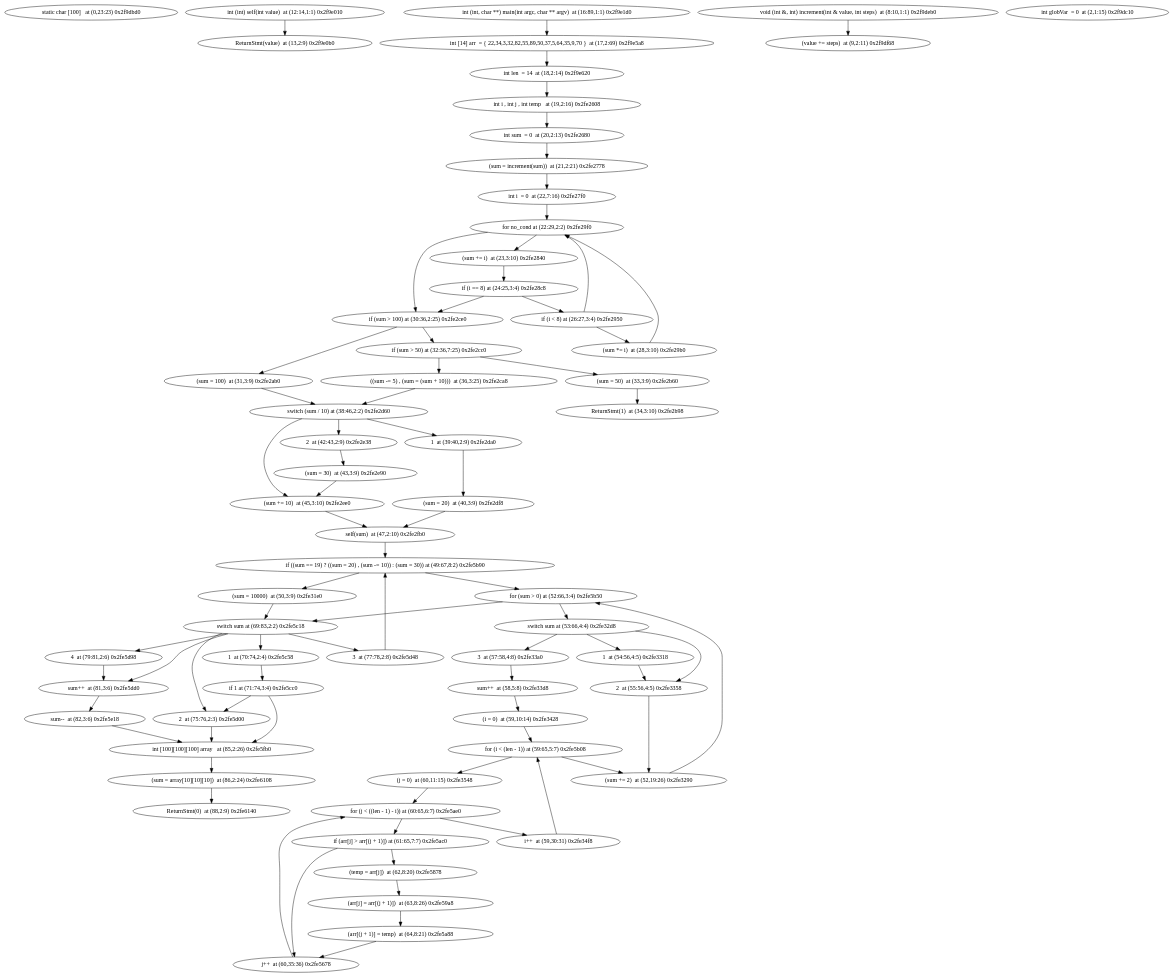
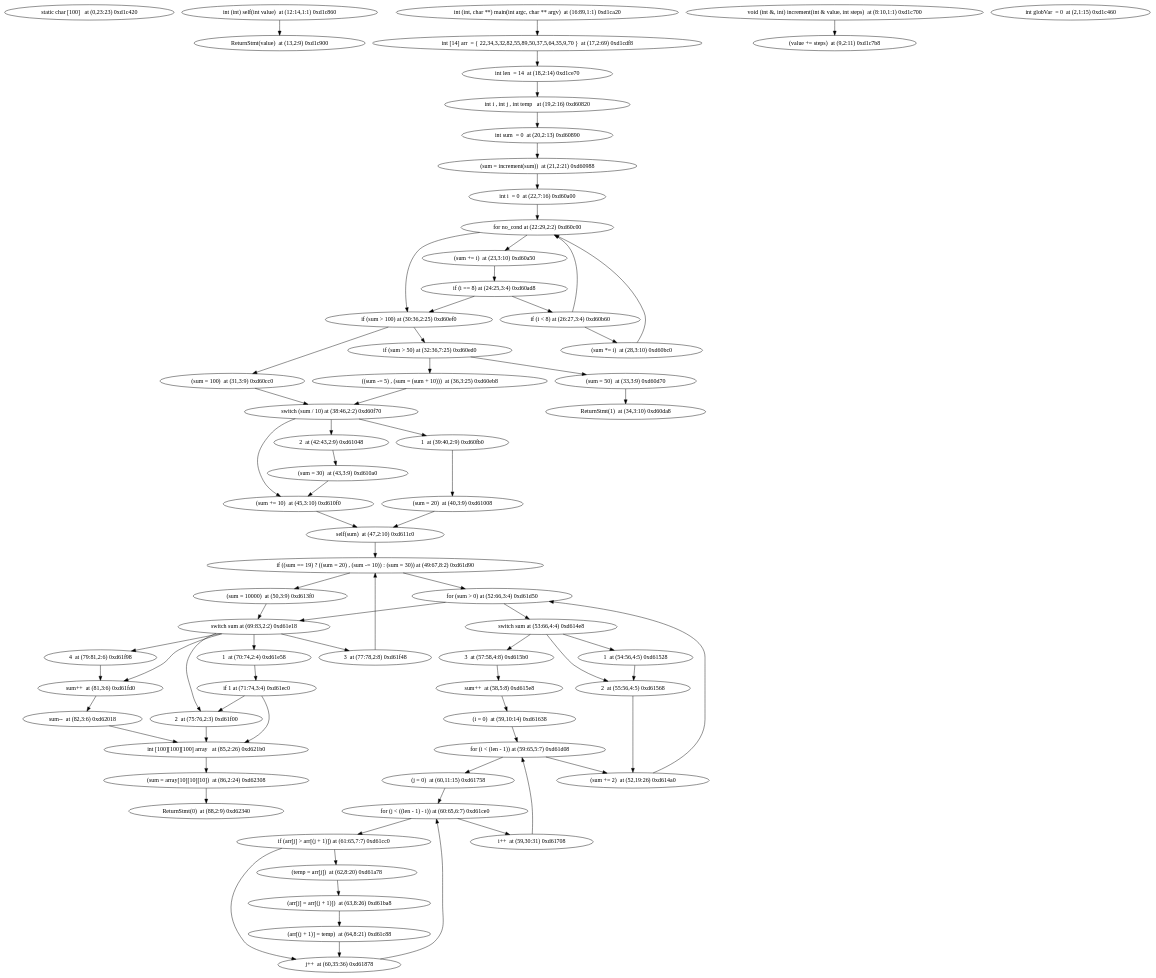
Before and after one commit to jxw1102/Projet-merou: the diagram in ModelChecker/unitary_tests/various/test.dot, drawn with Graphviz. The commit also changed 25 other files, not shown here.

Commit message:
Added entry points for clients and resources for the architecture document

```diff
--- a/ModelChecker/unitary_tests/various/test.dot
+++ b/ModelChecker/unitary_tests/various/test.dot
@@ -1,82 +1,82 @@
 digraph {
-"static char [100]   at (0,23:23) 0x2f9dbd0"
-"int (int) self(int value)  at (12:14,1:1) 0x2f9e010" -> "ReturnStmt(value)  at (13,2:9) 0x2f9e0b0"
-"ReturnStmt(value)  at (13,2:9) 0x2f9e0b0"
-"int (int, char **) main(int argc, char ** argv)  at (16:89,1:1) 0x2f9e1d0" -> "int [14] arr  = { 22,34,3,32,82,55,89,50,37,5,64,35,9,70 }  at (17,2:69) 0x2f9e5a8"
-"int [14] arr  = { 22,34,3,32,82,55,89,50,37,5,64,35,9,70 }  at (17,2:69) 0x2f9e5a8" -> "int len  = 14  at (18,2:14) 0x2f9e620"
-"int len  = 14  at (18,2:14) 0x2f9e620" -> "int i , int j , int temp   at (19,2:16) 0x2fe2608"
-"int i , int j , int temp   at (19,2:16) 0x2fe2608" -> "int sum  = 0  at (20,2:13) 0x2fe2680"
-"int sum  = 0  at (20,2:13) 0x2fe2680" -> "(sum = increment(sum))  at (21,2:21) 0x2fe2778"
-"(sum = increment(sum))  at (21,2:21) 0x2fe2778" -> "int i  = 0  at (22,7:16) 0x2fe27f0"
-"int i  = 0  at (22,7:16) 0x2fe27f0" -> "for no_cond at (22:29,2:2) 0x2fe29f0"
-"for no_cond at (22:29,2:2) 0x2fe29f0" -> "if (sum > 100) at (30:36,2:25) 0x2fe2ce0"
-"for no_cond at (22:29,2:2) 0x2fe29f0" -> "(sum += i)  at (23,3:10) 0x2fe2840"
-"if (sum > 100) at (30:36,2:25) 0x2fe2ce0" -> "(sum = 100)  at (31,3:9) 0x2fe2ab0"
-"if (sum > 100) at (30:36,2:25) 0x2fe2ce0" -> "if (sum > 50) at (32:36,7:25) 0x2fe2cc0"
-"(sum = 100)  at (31,3:9) 0x2fe2ab0" -> "switch (sum / 10) at (38:46,2:2) 0x2fe2d60"
-"switch (sum / 10) at (38:46,2:2) 0x2fe2d60" -> "(sum += 10)  at (45,3:10) 0x2fe2ee0"
-"switch (sum / 10) at (38:46,2:2) 0x2fe2d60" -> "1  at (39:40,2:9) 0x2fe2da0"
-"switch (sum / 10) at (38:46,2:2) 0x2fe2d60" -> "2  at (42:43,2:9) 0x2fe2e38"
-"(sum += 10)  at (45,3:10) 0x2fe2ee0" -> "self(sum)  at (47,2:10) 0x2fe2fb0"
-"self(sum)  at (47,2:10) 0x2fe2fb0" -> "if ((sum == 19) ? ((sum = 20) , (sum -= 10)) : (sum = 30)) at (49:67,8:2) 0x2fe5b90"
-"if ((sum == 19) ? ((sum = 20) , (sum -= 10)) : (sum = 30)) at (49:67,8:2) 0x2fe5b90" -> "(sum = 10000)  at (50,3:9) 0x2fe31e0"
-"if ((sum == 19) ? ((sum = 20) , (sum -= 10)) : (sum = 30)) at (49:67,8:2) 0x2fe5b90" -> "for (sum > 0) at (52:66,3:4) 0x2fe5b50"
-"(sum = 10000)  at (50,3:9) 0x2fe31e0" -> "switch sum at (69:83,2:2) 0x2fe5c18"
-"switch sum at (69:83,2:2) 0x2fe5c18" -> "4  at (79:81,2:6) 0x2fe5d98"
-"switch sum at (69:83,2:2) 0x2fe5c18" -> "2  at (75:76,2:3) 0x2fe5d00"
-"switch sum at (69:83,2:2) 0x2fe5c18" -> "sum++  at (81,3:6) 0x2fe5dd0"
-"switch sum at (69:83,2:2) 0x2fe5c18" -> "1  at (70:74,2:4) 0x2fe5c58"
-"switch sum at (69:83,2:2) 0x2fe5c18" -> "3  at (77:78,2:8) 0x2fe5d48"
-"4  at (79:81,2:6) 0x2fe5d98" -> "sum++  at (81,3:6) 0x2fe5dd0"
-"sum++  at (81,3:6) 0x2fe5dd0" -> "sum--  at (82,3:6) 0x2fe5e18"
-"sum--  at (82,3:6) 0x2fe5e18" -> "int [100][100][100] array   at (85,2:26) 0x2fe5fb0"
-"int [100][100][100] array   at (85,2:26) 0x2fe5fb0" -> "(sum = array[10][10][10])  at (86,2:24) 0x2fe6108"
-"(sum = array[10][10][10])  at (86,2:24) 0x2fe6108" -> "ReturnStmt(0)  at (88,2:9) 0x2fe6140"
-"ReturnStmt(0)  at (88,2:9) 0x2fe6140"
-"2  at (75:76,2:3) 0x2fe5d00" -> "int [100][100][100] array   at (85,2:26) 0x2fe5fb0"
-"1  at (70:74,2:4) 0x2fe5c58" -> "if 1 at (71:74,3:4) 0x2fe5cc0"
-"if 1 at (71:74,3:4) 0x2fe5cc0" -> "2  at (75:76,2:3) 0x2fe5d00"
-"if 1 at (71:74,3:4) 0x2fe5cc0" -> "int [100][100][100] array   at (85,2:26) 0x2fe5fb0"
-"3  at (77:78,2:8) 0x2fe5d48" -> "if ((sum == 19) ? ((sum = 20) , (sum -= 10)) : (sum = 30)) at (49:67,8:2) 0x2fe5b90"
-"for (sum > 0) at (52:66,3:4) 0x2fe5b50" -> "switch sum at (69:83,2:2) 0x2fe5c18"
-"for (sum > 0) at (52:66,3:4) 0x2fe5b50" -> "switch sum at (53:66,4:4) 0x2fe32d8"
-"switch sum at (53:66,4:4) 0x2fe32d8" -> "1  at (54:56,4:5) 0x2fe3318"
-"switch sum at (53:66,4:4) 0x2fe32d8" -> "2  at (55:56,4:5) 0x2fe3358"
-"switch sum at (53:66,4:4) 0x2fe32d8" -> "3  at (57:58,4:8) 0x2fe33a0"
-"1  at (54:56,4:5) 0x2fe3318" -> "2  at (55:56,4:5) 0x2fe3358"
-"2  at (55:56,4:5) 0x2fe3358" -> "(sum += 2)  at (52,19:26) 0x2fe3290"
-"(sum += 2)  at (52,19:26) 0x2fe3290" -> "for (sum > 0) at (52:66,3:4) 0x2fe5b50"
-"3  at (57:58,4:8) 0x2fe33a0" -> "sum++  at (58,5:8) 0x2fe33d8"
-"sum++  at (58,5:8) 0x2fe33d8" -> "(i = 0)  at (59,10:14) 0x2fe3428"
-"(i = 0)  at (59,10:14) 0x2fe3428" -> "for (i < (len - 1)) at (59:65,5:7) 0x2fe5b08"
-"for (i < (len - 1)) at (59:65,5:7) 0x2fe5b08" -> "(j = 0)  at (60,11:15) 0x2fe3548"
-"for (i < (len - 1)) at (59:65,5:7) 0x2fe5b08" -> "(sum += 2)  at (52,19:26) 0x2fe3290"
-"(j = 0)  at (60,11:15) 0x2fe3548" -> "for (j < ((len - 1) - i)) at (60:65,6:7) 0x2fe5ae0"
-"for (j < ((len - 1) - i)) at (60:65,6:7) 0x2fe5ae0" -> "i++  at (59,30:31) 0x2fe34f8"
-"for (j < ((len - 1) - i)) at (60:65,6:7) 0x2fe5ae0" -> "if (arr[j] > arr[(j + 1)]) at (61:65,7:7) 0x2fe5ac0"
-"i++  at (59,30:31) 0x2fe34f8" -> "for (i < (len - 1)) at (59:65,5:7) 0x2fe5b08"
-"if (arr[j] > arr[(j + 1)]) at (61:65,7:7) 0x2fe5ac0" -> "j++  at (60,35:36) 0x2fe5678"
-"if (arr[j] > arr[(j + 1)]) at (61:65,7:7) 0x2fe5ac0" -> "(temp = arr[j])  at (62,8:20) 0x2fe5878"
-"j++  at (60,35:36) 0x2fe5678" -> "for (j < ((len - 1) - i)) at (60:65,6:7) 0x2fe5ae0"
-"(temp = arr[j])  at (62,8:20) 0x2fe5878" -> "(arr[j] = arr[(j + 1)])  at (63,8:26) 0x2fe59a8"
-"(arr[j] = arr[(j + 1)])  at (63,8:26) 0x2fe59a8" -> "(arr[(j + 1)] = temp)  at (64,8:21) 0x2fe5a88"
-"(arr[(j + 1)] = temp)  at (64,8:21) 0x2fe5a88" -> "j++  at (60,35:36) 0x2fe5678"
-"1  at (39:40,2:9) 0x2fe2da0" -> "(sum = 20)  at (40,3:9) 0x2fe2df8"
-"(sum = 20)  at (40,3:9) 0x2fe2df8" -> "self(sum)  at (47,2:10) 0x2fe2fb0"
-"2  at (42:43,2:9) 0x2fe2e38" -> "(sum = 30)  at (43,3:9) 0x2fe2e90"
-"(sum = 30)  at (43,3:9) 0x2fe2e90" -> "(sum += 10)  at (45,3:10) 0x2fe2ee0"
-"if (sum > 50) at (32:36,7:25) 0x2fe2cc0" -> "((sum -= 5) , (sum = (sum + 10)))  at (36,3:25) 0x2fe2ca8"
-"if (sum > 50) at (32:36,7:25) 0x2fe2cc0" -> "(sum = 50)  at (33,3:9) 0x2fe2b60"
-"((sum -= 5) , (sum = (sum + 10)))  at (36,3:25) 0x2fe2ca8" -> "switch (sum / 10) at (38:46,2:2) 0x2fe2d60"
-"(sum = 50)  at (33,3:9) 0x2fe2b60" -> "ReturnStmt(1)  at (34,3:10) 0x2fe2b98"
-"ReturnStmt(1)  at (34,3:10) 0x2fe2b98"
-"(sum += i)  at (23,3:10) 0x2fe2840" -> "if (i == 8) at (24:25,3:4) 0x2fe28c8"
-"if (i == 8) at (24:25,3:4) 0x2fe28c8" -> "if (sum > 100) at (30:36,2:25) 0x2fe2ce0"
-"if (i == 8) at (24:25,3:4) 0x2fe28c8" -> "if (i < 8) at (26:27,3:4) 0x2fe2950"
-"if (i < 8) at (26:27,3:4) 0x2fe2950" -> "(sum *= i)  at (28,3:10) 0x2fe29b0"
-"if (i < 8) at (26:27,3:4) 0x2fe2950" -> "for no_cond at (22:29,2:2) 0x2fe29f0"
-"(sum *= i)  at (28,3:10) 0x2fe29b0" -> "for no_cond at (22:29,2:2) 0x2fe29f0"
-"void (int &, int) increment(int & value, int steps)  at (8:10,1:1) 0x2f9deb0" -> "(value += steps)  at (9,2:11) 0x2f9df68"
-"(value += steps)  at (9,2:11) 0x2f9df68"
-"int globVar  = 0  at (2,1:15) 0x2f9dc10"
+"static char [100]   at (0,23:23) 0xd1c420"
+"int (int) self(int value)  at (12:14,1:1) 0xd1c860" -> "ReturnStmt(value)  at (13,2:9) 0xd1c900"
+"ReturnStmt(value)  at (13,2:9) 0xd1c900"
+"int (int, char **) main(int argc, char ** argv)  at (16:89,1:1) 0xd1ca20" -> "int [14] arr  = { 22,34,3,32,82,55,89,50,37,5,64,35,9,70 }  at (17,2:69) 0xd1cdf8"
+"int [14] arr  = { 22,34,3,32,82,55,89,50,37,5,64,35,9,70 }  at (17,2:69) 0xd1cdf8" -> "int len  = 14  at (18,2:14) 0xd1ce70"
+"int len  = 14  at (18,2:14) 0xd1ce70" -> "int i , int j , int temp   at (19,2:16) 0xd60820"
+"int i , int j , int temp   at (19,2:16) 0xd60820" -> "int sum  = 0  at (20,2:13) 0xd60890"
+"int sum  = 0  at (20,2:13) 0xd60890" -> "(sum = increment(sum))  at (21,2:21) 0xd60988"
+"(sum = increment(sum))  at (21,2:21) 0xd60988" -> "int i  = 0  at (22,7:16) 0xd60a00"
+"int i  = 0  at (22,7:16) 0xd60a00" -> "for no_cond at (22:29,2:2) 0xd60c00"
+"for no_cond at (22:29,2:2) 0xd60c00" -> "if (sum > 100) at (30:36,2:25) 0xd60ef0"
+"for no_cond at (22:29,2:2) 0xd60c00" -> "(sum += i)  at (23,3:10) 0xd60a50"
+"if (sum > 100) at (30:36,2:25) 0xd60ef0" -> "if (sum > 50) at (32:36,7:25) 0xd60ed0"
+"if (sum > 100) at (30:36,2:25) 0xd60ef0" -> "(sum = 100)  at (31,3:9) 0xd60cc0"
+"if (sum > 50) at (32:36,7:25) 0xd60ed0" -> "(sum = 50)  at (33,3:9) 0xd60d70"
+"if (sum > 50) at (32:36,7:25) 0xd60ed0" -> "((sum -= 5) , (sum = (sum + 10)))  at (36,3:25) 0xd60eb8"
+"(sum = 50)  at (33,3:9) 0xd60d70" -> "ReturnStmt(1)  at (34,3:10) 0xd60da8"
+"ReturnStmt(1)  at (34,3:10) 0xd60da8"
+"((sum -= 5) , (sum = (sum + 10)))  at (36,3:25) 0xd60eb8" -> "switch (sum / 10) at (38:46,2:2) 0xd60f70"
+"switch (sum / 10) at (38:46,2:2) 0xd60f70" -> "(sum += 10)  at (45,3:10) 0xd610f0"
+"switch (sum / 10) at (38:46,2:2) 0xd60f70" -> "2  at (42:43,2:9) 0xd61048"
+"switch (sum / 10) at (38:46,2:2) 0xd60f70" -> "1  at (39:40,2:9) 0xd60fb0"
+"(sum += 10)  at (45,3:10) 0xd610f0" -> "self(sum)  at (47,2:10) 0xd611c0"
+"self(sum)  at (47,2:10) 0xd611c0" -> "if ((sum == 19) ? ((sum = 20) , (sum -= 10)) : (sum = 30)) at (49:67,8:2) 0xd61d90"
+"if ((sum == 19) ? ((sum = 20) , (sum -= 10)) : (sum = 30)) at (49:67,8:2) 0xd61d90" -> "(sum = 10000)  at (50,3:9) 0xd613f0"
+"if ((sum == 19) ? ((sum = 20) , (sum -= 10)) : (sum = 30)) at (49:67,8:2) 0xd61d90" -> "for (sum > 0) at (52:66,3:4) 0xd61d50"
+"(sum = 10000)  at (50,3:9) 0xd613f0" -> "switch sum at (69:83,2:2) 0xd61e18"
+"switch sum at (69:83,2:2) 0xd61e18" -> "4  at (79:81,2:6) 0xd61f98"
+"switch sum at (69:83,2:2) 0xd61e18" -> "2  at (75:76,2:3) 0xd61f00"
+"switch sum at (69:83,2:2) 0xd61e18" -> "sum++  at (81,3:6) 0xd61fd0"
+"switch sum at (69:83,2:2) 0xd61e18" -> "1  at (70:74,2:4) 0xd61e58"
+"switch sum at (69:83,2:2) 0xd61e18" -> "3  at (77:78,2:8) 0xd61f48"
+"4  at (79:81,2:6) 0xd61f98" -> "sum++  at (81,3:6) 0xd61fd0"
+"sum++  at (81,3:6) 0xd61fd0" -> "sum--  at (82,3:6) 0xd62018"
+"sum--  at (82,3:6) 0xd62018" -> "int [100][100][100] array   at (85,2:26) 0xd621b0"
+"int [100][100][100] array   at (85,2:26) 0xd621b0" -> "(sum = array[10][10][10])  at (86,2:24) 0xd62308"
+"(sum = array[10][10][10])  at (86,2:24) 0xd62308" -> "ReturnStmt(0)  at (88,2:9) 0xd62340"
+"ReturnStmt(0)  at (88,2:9) 0xd62340"
+"2  at (75:76,2:3) 0xd61f00" -> "int [100][100][100] array   at (85,2:26) 0xd621b0"
+"1  at (70:74,2:4) 0xd61e58" -> "if 1 at (71:74,3:4) 0xd61ec0"
+"if 1 at (71:74,3:4) 0xd61ec0" -> "int [100][100][100] array   at (85,2:26) 0xd621b0"
+"if 1 at (71:74,3:4) 0xd61ec0" -> "2  at (75:76,2:3) 0xd61f00"
+"3  at (77:78,2:8) 0xd61f48" -> "if ((sum == 19) ? ((sum = 20) , (sum -= 10)) : (sum = 30)) at (49:67,8:2) 0xd61d90"
+"for (sum > 0) at (52:66,3:4) 0xd61d50" -> "switch sum at (53:66,4:4) 0xd614e8"
+"for (sum > 0) at (52:66,3:4) 0xd61d50" -> "switch sum at (69:83,2:2) 0xd61e18"
+"switch sum at (53:66,4:4) 0xd614e8" -> "3  at (57:58,4:8) 0xd615b0"
+"switch sum at (53:66,4:4) 0xd614e8" -> "1  at (54:56,4:5) 0xd61528"
+"switch sum at (53:66,4:4) 0xd614e8" -> "2  at (55:56,4:5) 0xd61568"
+"3  at (57:58,4:8) 0xd615b0" -> "sum++  at (58,5:8) 0xd615e8"
+"sum++  at (58,5:8) 0xd615e8" -> "(i = 0)  at (59,10:14) 0xd61638"
+"(i = 0)  at (59,10:14) 0xd61638" -> "for (i < (len - 1)) at (59:65,5:7) 0xd61d08"
+"for (i < (len - 1)) at (59:65,5:7) 0xd61d08" -> "(j = 0)  at (60,11:15) 0xd61758"
+"for (i < (len - 1)) at (59:65,5:7) 0xd61d08" -> "(sum += 2)  at (52,19:26) 0xd614a0"
+"(j = 0)  at (60,11:15) 0xd61758" -> "for (j < ((len - 1) - i)) at (60:65,6:7) 0xd61ce0"
+"for (j < ((len - 1) - i)) at (60:65,6:7) 0xd61ce0" -> "if (arr[j] > arr[(j + 1)]) at (61:65,7:7) 0xd61cc0"
+"for (j < ((len - 1) - i)) at (60:65,6:7) 0xd61ce0" -> "i++  at (59,30:31) 0xd61708"
+"if (arr[j] > arr[(j + 1)]) at (61:65,7:7) 0xd61cc0" -> "j++  at (60,35:36) 0xd61878"
+"if (arr[j] > arr[(j + 1)]) at (61:65,7:7) 0xd61cc0" -> "(temp = arr[j])  at (62,8:20) 0xd61a78"
+"j++  at (60,35:36) 0xd61878" -> "for (j < ((len - 1) - i)) at (60:65,6:7) 0xd61ce0"
+"(temp = arr[j])  at (62,8:20) 0xd61a78" -> "(arr[j] = arr[(j + 1)])  at (63,8:26) 0xd61ba8"
+"(arr[j] = arr[(j + 1)])  at (63,8:26) 0xd61ba8" -> "(arr[(j + 1)] = temp)  at (64,8:21) 0xd61c88"
+"(arr[(j + 1)] = temp)  at (64,8:21) 0xd61c88" -> "j++  at (60,35:36) 0xd61878"
+"i++  at (59,30:31) 0xd61708" -> "for (i < (len - 1)) at (59:65,5:7) 0xd61d08"
+"(sum += 2)  at (52,19:26) 0xd614a0" -> "for (sum > 0) at (52:66,3:4) 0xd61d50"
+"1  at (54:56,4:5) 0xd61528" -> "2  at (55:56,4:5) 0xd61568"
+"2  at (55:56,4:5) 0xd61568" -> "(sum += 2)  at (52,19:26) 0xd614a0"
+"2  at (42:43,2:9) 0xd61048" -> "(sum = 30)  at (43,3:9) 0xd610a0"
+"(sum = 30)  at (43,3:9) 0xd610a0" -> "(sum += 10)  at (45,3:10) 0xd610f0"
+"1  at (39:40,2:9) 0xd60fb0" -> "(sum = 20)  at (40,3:9) 0xd61008"
+"(sum = 20)  at (40,3:9) 0xd61008" -> "self(sum)  at (47,2:10) 0xd611c0"
+"(sum = 100)  at (31,3:9) 0xd60cc0" -> "switch (sum / 10) at (38:46,2:2) 0xd60f70"
+"(sum += i)  at (23,3:10) 0xd60a50" -> "if (i == 8) at (24:25,3:4) 0xd60ad8"
+"if (i == 8) at (24:25,3:4) 0xd60ad8" -> "if (i < 8) at (26:27,3:4) 0xd60b60"
+"if (i == 8) at (24:25,3:4) 0xd60ad8" -> "if (sum > 100) at (30:36,2:25) 0xd60ef0"
+"if (i < 8) at (26:27,3:4) 0xd60b60" -> "(sum *= i)  at (28,3:10) 0xd60bc0"
+"if (i < 8) at (26:27,3:4) 0xd60b60" -> "for no_cond at (22:29,2:2) 0xd60c00"
+"(sum *= i)  at (28,3:10) 0xd60bc0" -> "for no_cond at (22:29,2:2) 0xd60c00"
+"void (int &, int) increment(int & value, int steps)  at (8:10,1:1) 0xd1c700" -> "(value += steps)  at (9,2:11) 0xd1c7b8"
+"(value += steps)  at (9,2:11) 0xd1c7b8"
+"int globVar  = 0  at (2,1:15) 0xd1c460"
 }
```
